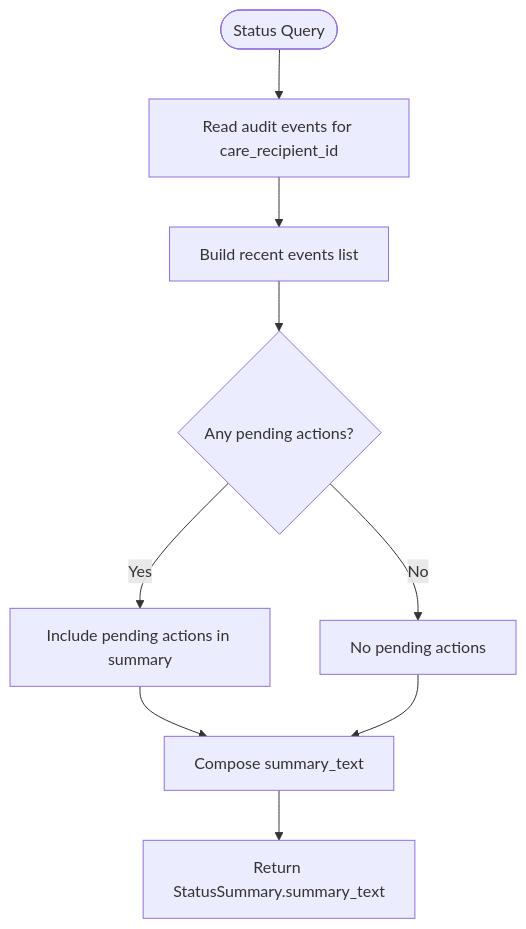
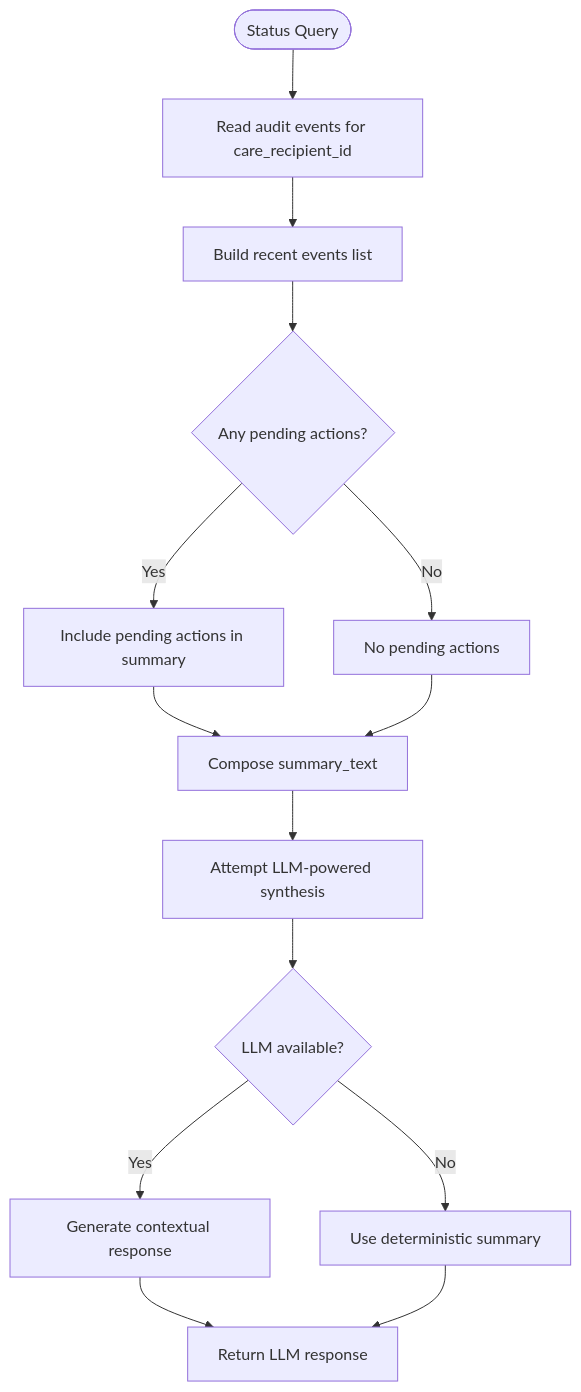
Before and after one commit to infamous-rebel/CareBridge: the third of 4 diagrams in .qoder/repowiki/en/content/API Reference/Status Query API.md, drawn with Mermaid. The commit also changed other lines of this file and 12 other files, not shown here.

````diff
--- a/.qoder/repowiki/en/content/API Reference/Status Query API.md
+++ b/.qoder/repowiki/en/content/API Reference/Status Query API.md
@@ -215,11 +242,16 @@
 ```mermaid
 flowchart TD
 Start(["Status Query"]) --> ReadAudit["Read audit events for care_recipient_id"]
 ReadAudit --> BuildEvents["Build recent events list"]
 BuildEvents --> IdentifyPending{"Any pending actions?"}
 IdentifyPending --> |Yes| IncludePending["Include pending actions in summary"]
 IdentifyPending --> |No| SkipPending["No pending actions"]
 IncludePending --> ComposeSummary["Compose summary_text"]
 SkipPending --> ComposeSummary
-ComposeSummary --> ReturnSummary["Return StatusSummary.summary_text"]
+ComposeSummary --> LLMAttempt["Attempt LLM-powered synthesis"]
+LLMAttempt --> LLMSuccess{"LLM available?"}
+LLMSuccess --> |Yes| LLMResponse["Generate contextual response"]
+LLMSuccess --> |No| FallbackResponse["Use deterministic summary"]
+LLMResponse --> ReturnSummary["Return LLM response"]
+FallbackResponse --> ReturnSummary
 ```
````
